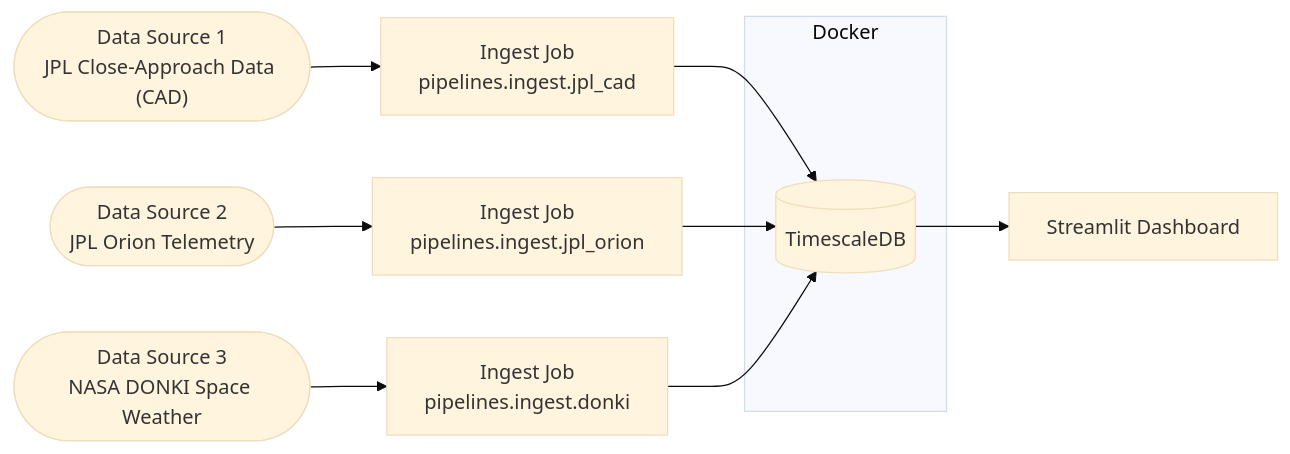
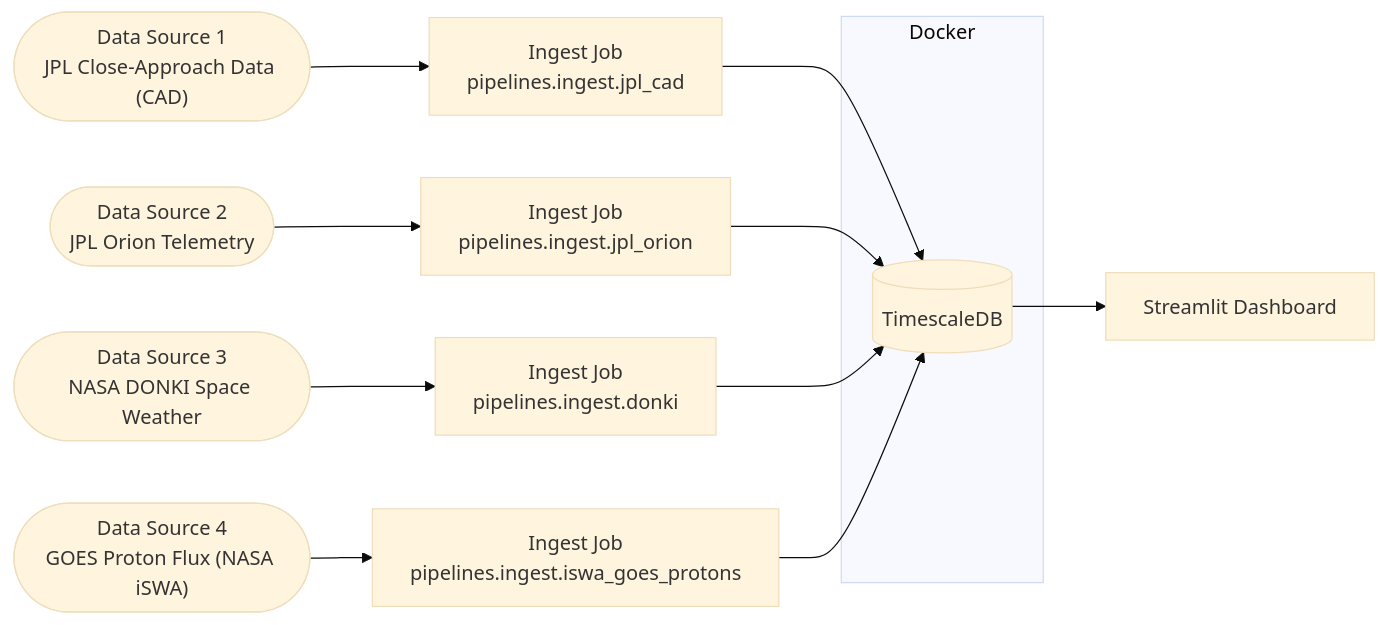
Before and after one commit to datatribe-collective-labs/telemetry: the diagram in README.md, drawn with Mermaid (base theme). The commit also changed other lines of this file and 16 other files, not shown here.

First line of the commit message:
Add iSWA GOES proton flux datasource (#12)

````diff
--- a/README.md
+++ b/README.md
@@ -20,23 +20,27 @@
 ```mermaid
 flowchart LR
     Source1(["Data Source 1\nJPL Close-Approach Data (CAD)"])
     Source2(["Data Source 2\nJPL Orion Telemetry"])
     Source3(["Data Source 3\nNASA DONKI Space Weather"])
+    Source4(["Data Source 4\nGOES Proton Flux (NASA iSWA)"])
     Ingest1["Ingest Job\npipelines.ingest.jpl_cad"]
     Ingest2["Ingest Job\npipelines.ingest.jpl_orion"]
     Ingest3["Ingest Job\npipelines.ingest.donki"]
+    Ingest4["Ingest Job\npipelines.ingest.iswa_goes_protons"]
     DB[("TimescaleDB\n")]
     Dash["Streamlit Dashboard\n"]
 
     Source1 --> Ingest1
     Source2 --> Ingest2
     Source3 --> Ingest3
+    Source4 --> Ingest4
     Ingest1 --> DB
     Ingest2 --> DB
     Ingest3 --> DB
+    Ingest4 --> DB
     DB --> Dash
 
     subgraph Docker["Docker"]
         DB
     end
 ```
````
